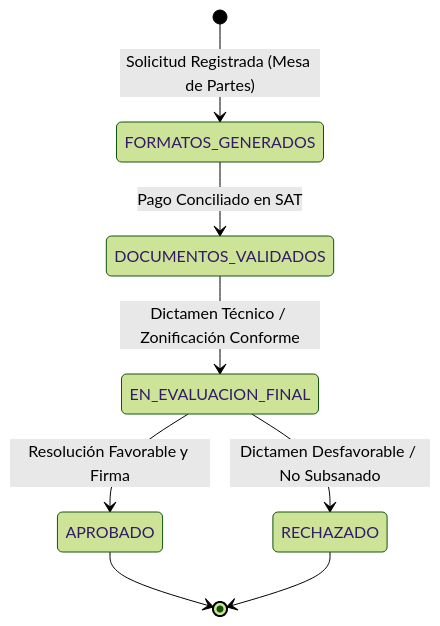
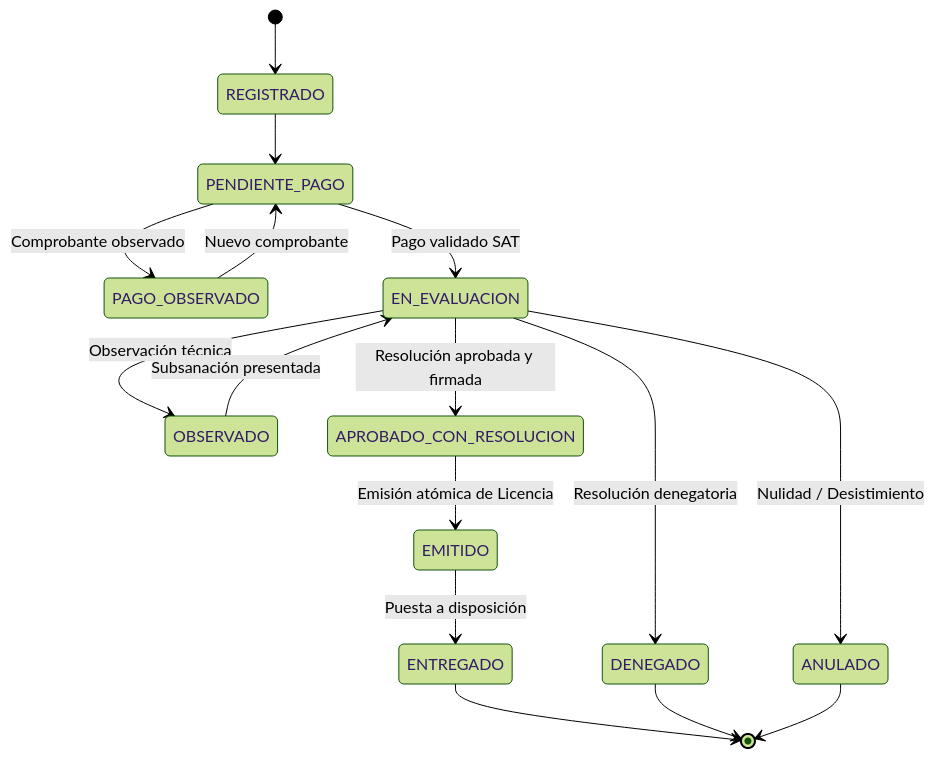
The second of 2 diagrams in docs/analisis-de-sistema/03-requisitos-funcionales.md (Issirc20/MuniHuamanga), drawn with Mermaid (forest theme) before and after one commit. The commit also changed other lines of this file and 49 other files, not shown here.

````diff
--- a/docs/analisis-de-sistema/03-requisitos-funcionales.md
+++ b/docs/analisis-de-sistema/03-requisitos-funcionales.md
@@ -61,10 +63,18 @@
 ```mermaid
 stateDiagram-v2
-    [*] --> FORMATOS_GENERADOS: Solicitud Registrada (Mesa de Partes)
-    FORMATOS_GENERADOS --> DOCUMENTOS_VALIDADOS: Pago Conciliado en SAT
-    DOCUMENTOS_VALIDADOS --> EN_EVALUACION_FINAL: Dictamen Técnico / Zonificación Conforme
-    EN_EVALUACION_FINAL --> APROBADO: Resolución Favorable y Firma
-    EN_EVALUACION_FINAL --> RECHAZADO: Dictamen Desfavorable / No Subsanado
-    APROBADO --> [*]
-    RECHAZADO --> [*]
+    [*] --> REGISTRADO
+    REGISTRADO --> PENDIENTE_PAGO
+    PENDIENTE_PAGO --> PAGO_OBSERVADO: Comprobante observado
+    PAGO_OBSERVADO --> PENDIENTE_PAGO: Nuevo comprobante
+    PENDIENTE_PAGO --> EN_EVALUACION: Pago validado SAT
+    EN_EVALUACION --> OBSERVADO: Observación técnica
+    OBSERVADO --> EN_EVALUACION: Subsanación presentada
+    EN_EVALUACION --> APROBADO_CON_RESOLUCION: Resolución aprobada y firmada
+    EN_EVALUACION --> DENEGADO: Resolución denegatoria
+    APROBADO_CON_RESOLUCION --> EMITIDO: Emisión atómica de Licencia
+    EMITIDO --> ENTREGADO: Puesta a disposición
+    EN_EVALUACION --> ANULADO: Nulidad / Desistimiento
+    ENTREGADO --> [*]
+    DENEGADO --> [*]
+    ANULADO --> [*]
 ```
````
